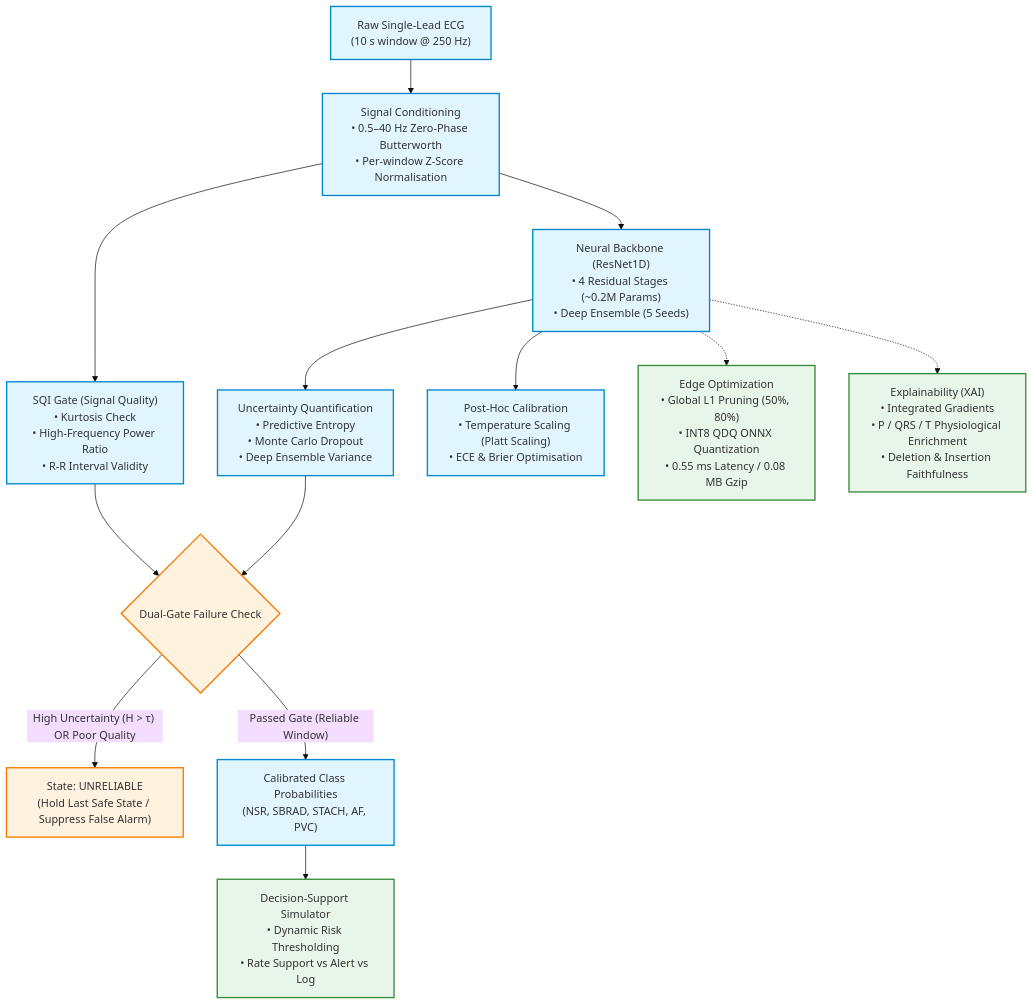
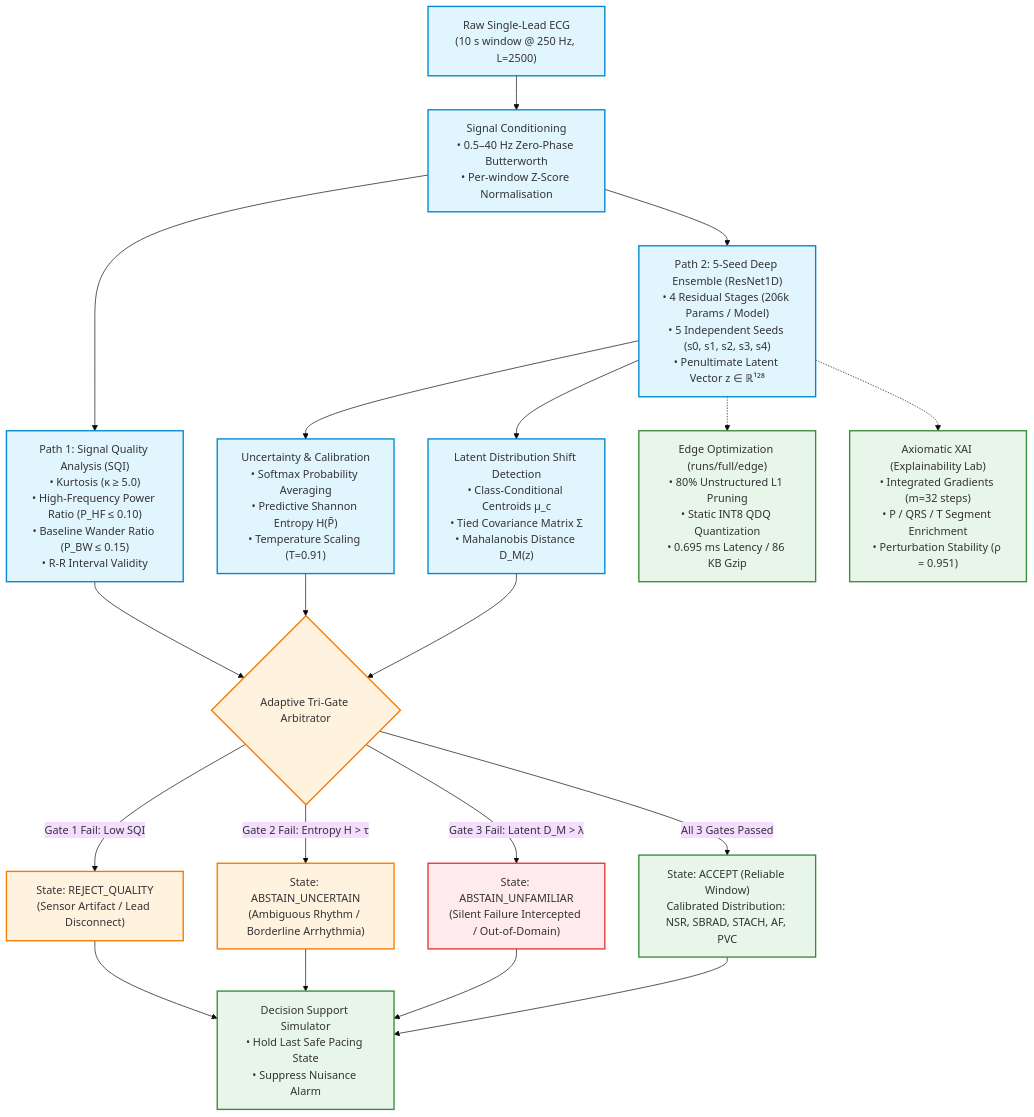
Before and after one commit to knoxiboy/SmartPace: the first of 2 diagrams in README.md, drawn with Mermaid (base theme). The commit also changed other lines of this file and 16 other files, not shown here.

````diff
--- a/README.md
+++ b/README.md
@@ -33,33 +36,42 @@
 ```mermaid
 flowchart TD
-    A["Raw Single-Lead ECG<br/>(10 s window @ 250 Hz)"] --> B["Signal Conditioning<br/>• 0.5–40 Hz Zero-Phase Butterworth<br/>• Per-window Z-Score Normalisation"]
-    
-    %% Dual pathways
-    B --> C["SQI Gate (Signal Quality)<br/>• Kurtosis Check<br/>• High-Frequency Power Ratio<br/>• R-R Interval Validity"]
-    B --> D["Neural Backbone (ResNet1D)<br/>• 4 Residual Stages (~0.2M Params)<br/>• Deep Ensemble (5 Seeds)"]
-    
+    A["Raw Single-Lead ECG<br/>(10 s window @ 250 Hz, L=2500)"] --> B["Signal Conditioning<br/>• 0.5–40 Hz Zero-Phase Butterworth<br/>• Per-window Z-Score Normalisation"]
+
+    %% Parallel Pathways
+    B --> C["Path 1: Signal Quality Analysis (SQI)<br/>• Kurtosis (κ ≥ 5.0)<br/>• High-Frequency Power Ratio (P_HF ≤ 0.10)<br/>• Baseline Wander Ratio (P_BW ≤ 0.15)<br/>• R-R Interval Validity"]
+    B --> D["Path 2: 5-Seed Deep Ensemble (ResNet1D)<br/>• 4 Residual Stages (206k Params / Model)<br/>• 5 Independent Seeds (s0, s1, s2, s3, s4)<br/>• Penultimate Latent Vector z ∈ ℝ¹²⁸"]
+
     %% Uncertainty & Calibration
-    D --> E["Uncertainty Quantification<br/>• Predictive Entropy<br/>• Monte Carlo Dropout<br/>• Deep Ensemble Variance"]
-    D --> F["Post-Hoc Calibration<br/>• Temperature Scaling (Platt Scaling)<br/>• ECE & Brier Optimisation"]
-    
-    %% Selective Gating
-    C --> G{"Dual-Gate Failure Check"}
+    D --> E["Uncertainty & Calibration<br/>• Softmax Probability Averaging<br/>• Predictive Shannon Entropy H(P̄)<br/>• Temperature Scaling (T=0.91)"]
+    D --> F["Latent Distribution Shift Detection<br/>• Class-Conditional Centroids μ_c<br/>• Tied Covariance Matrix Σ<br/>• Mahalanobis Distance D_M(z)"]
+
+    %% Tri-Gate Arbitrator
+    C --> G{"Adaptive Tri-Gate Arbitrator"}
     E --> G
-    
-    G -- "High Uncertainty (H > τ) OR Poor Quality" --> H["State: UNRELIABLE<br/>(Hold Last Safe State / Suppress False Alarm)"]
-    G -- "Passed Gate (Reliable Window)" --> I["Calibrated Class Probabilities<br/>(NSR, SBRAD, STACH, AF, PVC)"]
-    
-    %% Decision Support
-    I --> J["Decision-Support Simulator<br/>• Dynamic Risk Thresholding<br/>• Rate Support vs Alert vs Log"]
-    
-    %% Edge & Explainability
-    D -.-> K["Edge Optimization<br/>• Global L1 Pruning (50%, 80%)<br/>• INT8 QDQ ONNX Quantization<br/>• 0.55 ms Latency / 0.08 MB Gzip"]
-    D -.-> L["Explainability (XAI)<br/>• Integrated Gradients<br/>• P / QRS / T Physiological Enrichment<br/>• Deletion & Insertion Faithfulness"]
+    F --> G
+
+    %% Outcomes
+    G -- "Gate 1 Fail: Low SQI" --> H1["State: REJECT_QUALITY<br/>(Sensor Artifact / Lead Disconnect)"]
+    G -- "Gate 2 Fail: Entropy H > τ" --> H2["State: ABSTAIN_UNCERTAIN<br/>(Ambiguous Rhythm / Borderline Arrhythmia)"]
+    G -- "Gate 3 Fail: Latent D_M > λ" --> H3["State: ABSTAIN_UNFAMILIAR<br/>(Silent Failure Intercepted / Out-of-Domain)"]
+    G -- "All 3 Gates Passed" --> I["State: ACCEPT (Reliable Window)<br/>Calibrated Distribution: NSR, SBRAD, STACH, AF, PVC"]
+
+    %% Downstream Actions
+    H1 --> J["Decision Support Simulator<br/>• Hold Last Safe Pacing State<br/>• Suppress Nuisance Alarm"]
+    H2 --> J
+    H3 --> J
+    I --> J
+
+    %% Edge & XAI
+    D -.-> K["Edge Optimization (runs/full/edge)<br/>• 80% Unstructured L1 Pruning<br/>• Static INT8 QDQ Quantization<br/>• 0.695 ms Latency / 86 KB Gzip"]
+    D -.-> L["Axiomatic XAI (Explainability Lab)<br/>• Integrated Gradients (m=32 steps)<br/>• P / QRS / T Segment Enrichment<br/>• Perturbation Stability (ρ = 0.951)"]
 
     classDef primary fill:#e1f5fe,stroke:#0288d1,stroke-width:2px;
     classDef warning fill:#fff3e0,stroke:#f57c00,stroke-width:2px;
+    classDef danger fill:#ffebee,stroke:#e53935,stroke-width:2px;
     classDef success fill:#e8f5e9,stroke:#388e3c,stroke-width:2px;
-    class A,B,C,D,E,F,I primary;
-    class G,H warning;
-    class J,K,L success;
+    class A,B,C,D,E,F primary;
+    class G,H1,H2 warning;
+    class H3 danger;
+    class I,J,K,L success;
 ```
````
